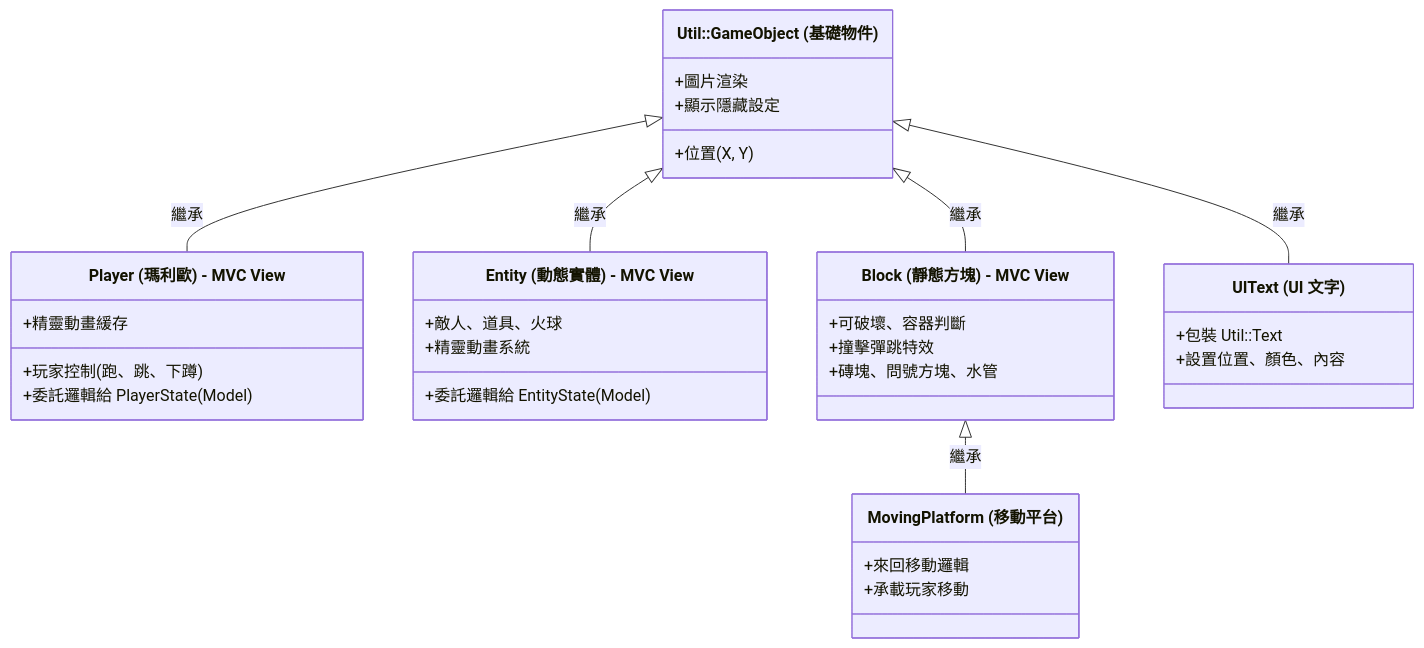
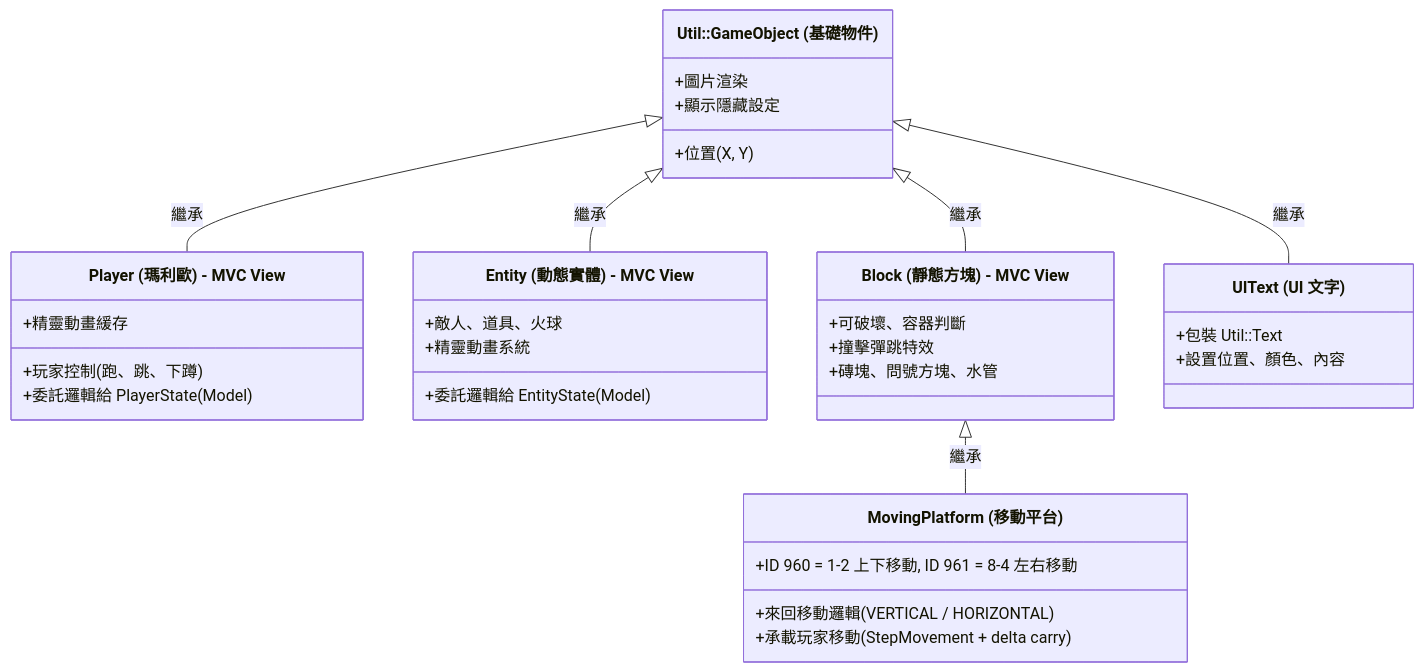
Before and after one commit to Andy87877/NTUT_OOPL_mario: the third of 20 diagrams in Constructure.md, drawn with Mermaid. The commit also changed other lines of this file and 39 other files, not shown here.

First line of the commit message:
feat: Implement moving platforms with vertical and horizontal movement

````diff
--- a/Constructure.md
+++ b/Constructure.md
@@ -1506,47 +1507,48 @@
 ```mermaid
 classDiagram
     direction TB
 
     %% 基礎物件
     class GameObject["Util::GameObject (基礎物件)"] {
         +位置 (X, Y)
         +圖片渲染
         +顯示隱藏設定
     }
 
     %% 衍生類別
     class Player["Player (瑪利歐) - MVC View"] {
         +玩家控制 (跑、跳、下蹲)
         +精靈動畫緩存
         +委託邏輯給 PlayerState (Model)
     }
 
     class Entity["Entity (動態實體) - MVC View"] {
         +敵人、道具、火球
         +精靈動畫系統
         +委託邏輯給 EntityState (Model)
     }
 
     class Block["Block (靜態方塊) - MVC View"] {
         +可破壞、容器判斷
         +撞擊彈跳特效
         +磚塊、問號方塊、水管
     }
 
     class MovingPlatform["MovingPlatform (移動平台)"] {
-        +來回移動邏輯
-        +承載玩家移動
+        +來回移動邏輯 (VERTICAL / HORIZONTAL)
+        +承載玩家移動 (StepMovement + delta carry)
+        +ID 960 = 1-2 上下移動, ID 961 = 8-4 左右移動
     }
 
     class UIText["UIText (UI 文字)"] {
         +包裝 Util::Text
         +設置位置、顏色、內容
     }
 
     %% 繼承關係
     GameObject <|-- Player : 繼承
     GameObject <|-- Entity : 繼承
     GameObject <|-- Block : 繼承
     GameObject <|-- UIText : 繼承
     Block <|-- MovingPlatform : 繼承
 ```
````
